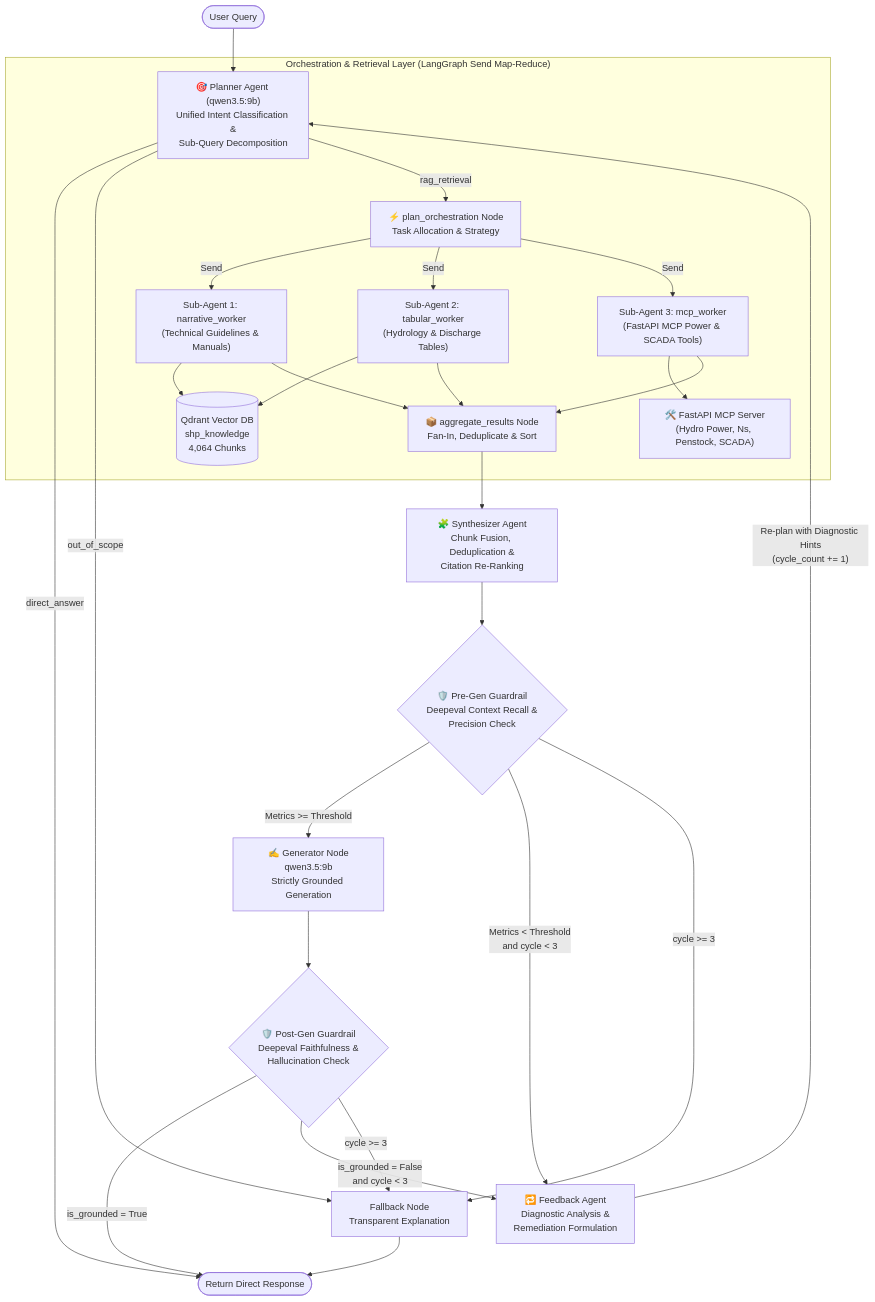
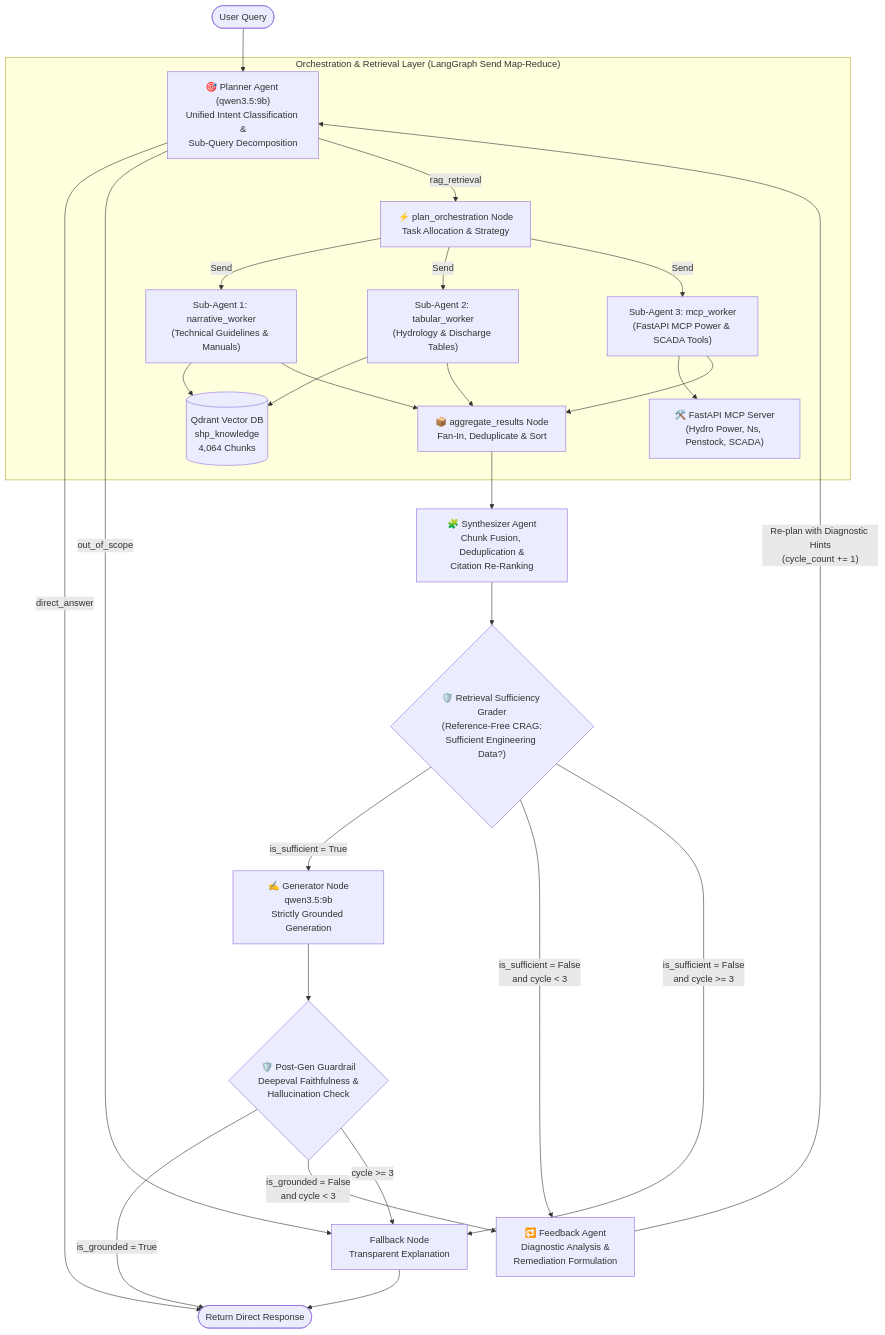
One commit to NaimishKB/Agentic_RAG changed the second of 2 diagrams in README.md. Above: the diagram before and after it, drawn with Mermaid. The commit also changed other lines of this file and 1 other file, not shown here.

Commit message:
updated the flow

````diff
--- a/README.md
+++ b/README.md
@@ -577,35 +630,35 @@
 ```mermaid
 flowchart TD
     Start([User Query]) --> Planner["🎯 Planner Agent (qwen3.5:9b)\nUnified Intent Classification &\nSub-Query Decomposition"]
 
     Planner -->|direct_answer| Final([Return Direct Response])
     Planner -->|out_of_scope| Fallback[Fallback Node\nTransparent Explanation] --> Final
 
     subgraph Orchestration ["Orchestration & Retrieval Layer (LangGraph Send Map-Reduce)"]
         Planner -->|rag_retrieval| Orchestrator["⚡ plan_orchestration Node\nTask Allocation & Strategy"]
         Orchestrator -->|Send| SubAgent1["Sub-Agent 1: narrative_worker\n(Technical Guidelines & Manuals)"]
         Orchestrator -->|Send| SubAgent2["Sub-Agent 2: tabular_worker\n(Hydrology & Discharge Tables)"]
         Orchestrator -->|Send| SubAgent3["Sub-Agent 3: mcp_worker\n(FastAPI MCP Power & SCADA Tools)"]
         SubAgent1 & SubAgent2 --> Qdrant[(Qdrant Vector DB\nshp_knowledge\n4,064 Chunks)]
         SubAgent3 --> MCPServer["🛠️ FastAPI MCP Server\n(Hydro Power, Ns, Penstock, SCADA)"]
         SubAgent1 & SubAgent2 & SubAgent3 --> Aggregator["📦 aggregate_results Node\nFan-In, Deduplicate & Sort"]
     end
 
     Aggregator --> Synthesizer["🧩 Synthesizer Agent\nChunk Fusion, Deduplication &\nCitation Re-Ranking"]
 
-    Synthesizer --> PreGuard{"🛡️ Pre-Gen Guardrail\nDeepeval Context Recall &\nPrecision Check"}
+    Synthesizer --> PreGuard{"🛡️ Retrieval Sufficiency Grader\n(Reference-Free CRAG:\nSufficient Engineering Data?)"}
 
-    PreGuard -->|Metrics >= Threshold| Generator["✍️ Generator Node\nqwen3.5:9b\nStrictly Grounded Generation"]
+    PreGuard -->|is_sufficient = True| Generator["✍️ Generator Node\nqwen3.5:9b\nStrictly Grounded Generation"]
 
-    PreGuard -->|Metrics < Threshold\nand cycle < 3| Feedback["🔁 Feedback Agent\nDiagnostic Analysis &\nRemediation Formulation"]
+    PreGuard -->|is_sufficient = False\nand cycle < 3| Feedback["🔁 Feedback Agent\nDiagnostic Analysis &\nRemediation Formulation"]
 
     Generator --> PostGuard{"🛡️ Post-Gen Guardrail\nDeepeval Faithfulness &\nHallucination Check"}
 
     PostGuard -->|is_grounded = True| Final
     PostGuard -->|is_grounded = False\nand cycle < 3| Feedback
 
     Feedback -->|"Re-plan with Diagnostic Hints\n(cycle_count += 1)"| Planner
 
-    PreGuard -->|cycle >= 3| Fallback
+    PreGuard -->|is_sufficient = False\nand cycle >= 3| Fallback
     PostGuard -->|cycle >= 3| Fallback
 ```
````
